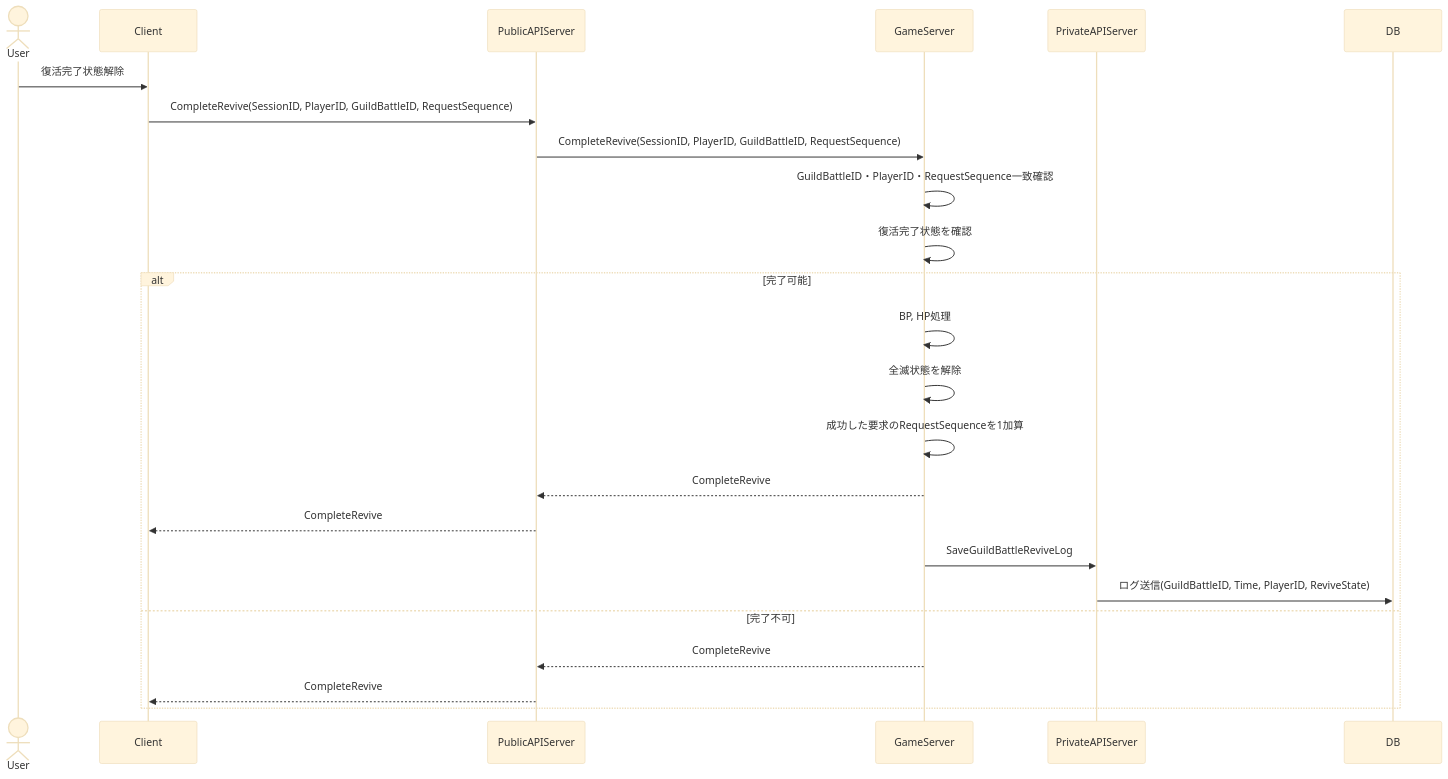
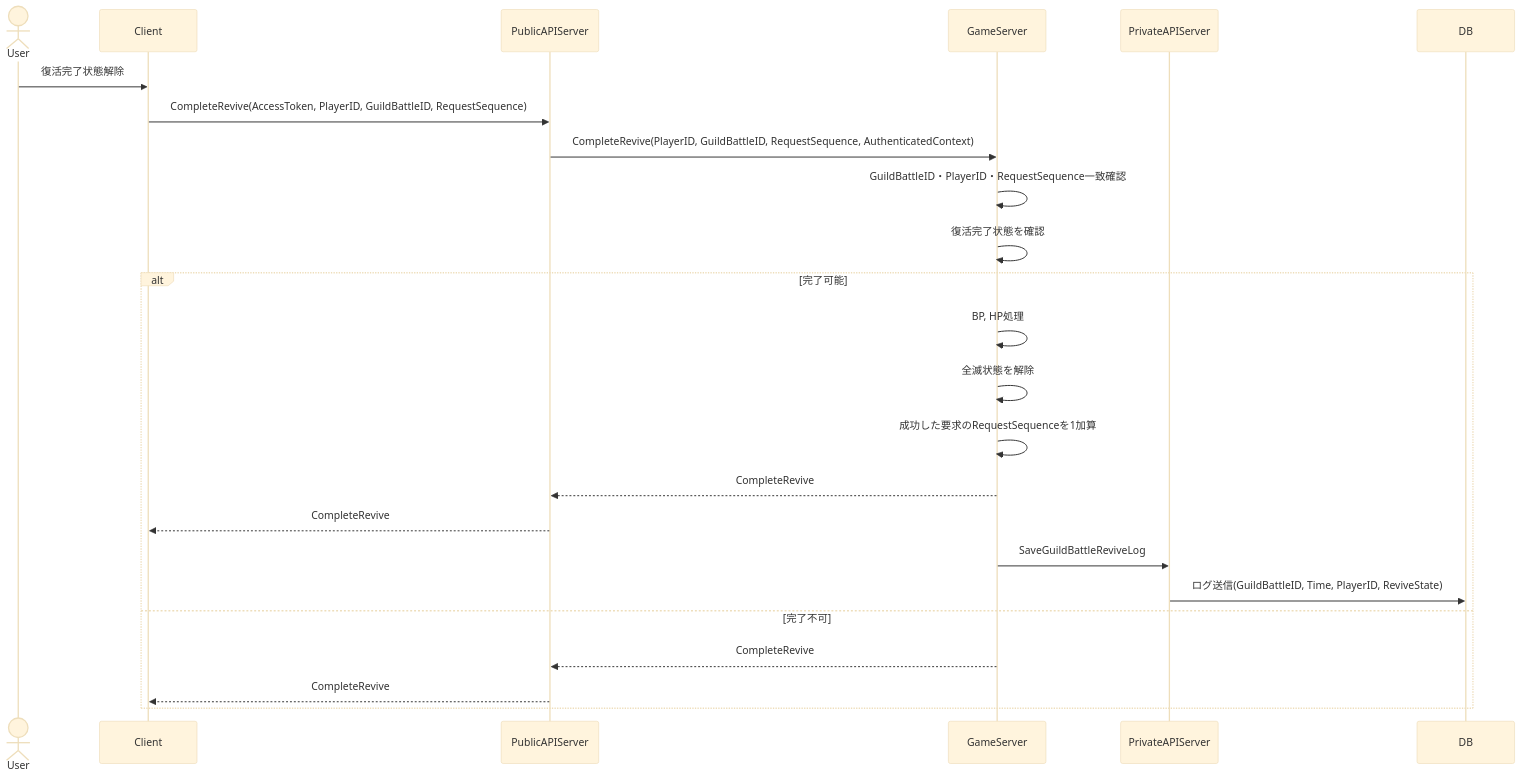
One commit to ReHydrangeaOdyssey/Specifications changed diagram 15 of 16 in design/guild_battle.md. Above: the diagram before and after it, drawn with Mermaid (base theme). The commit also changed other lines of this file and 18 other files, not shown here.

````diff
--- a/design/guild_battle.md
+++ b/design/guild_battle.md
@@ -590,30 +606,30 @@
 ```mermaid
 sequenceDiagram
     actor User
     participant Client
     participant PublicAPIServer
     participant GameServer
     participant PrivateAPIServer
     participant DB
 
     User->>Client: 復活完了状態解除
-    Client->>PublicAPIServer: CompleteRevive(SessionID, PlayerID, GuildBattleID, RequestSequence)
-    PublicAPIServer->>GameServer: CompleteRevive(SessionID, PlayerID, GuildBattleID, RequestSequence)
+    Client->>PublicAPIServer: CompleteRevive(AccessToken, PlayerID, GuildBattleID, RequestSequence)
+    PublicAPIServer->>GameServer: CompleteRevive(PlayerID, GuildBattleID, RequestSequence, AuthenticatedContext)
 
     GameServer->>GameServer: GuildBattleID・PlayerID・RequestSequence一致確認
     GameServer->>GameServer: 復活完了状態を確認
 
     alt 完了可能
         GameServer->>GameServer: BP, HP処理
         GameServer->>GameServer: 全滅状態を解除
         GameServer->>GameServer: 成功した要求のRequestSequenceを1加算
         GameServer-->>PublicAPIServer: CompleteRevive
         PublicAPIServer-->>Client: CompleteRevive
 
         GameServer ->> PrivateAPIServer: SaveGuildBattleReviveLog
         PrivateAPIServer ->> DB: ログ送信(GuildBattleID, Time, PlayerID, ReviveState)
     else 完了不可
         GameServer-->>PublicAPIServer: CompleteRevive
         PublicAPIServer-->>Client: CompleteRevive
     end
 ```
````
